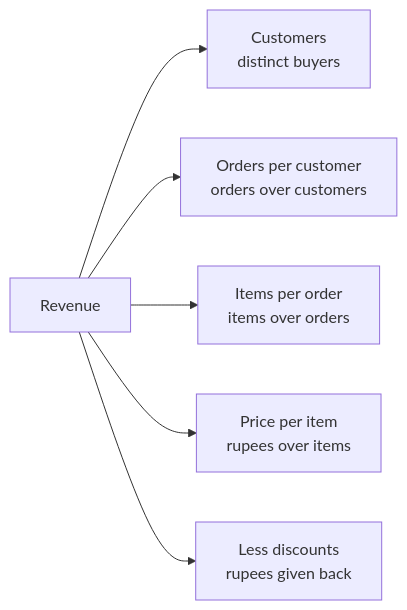
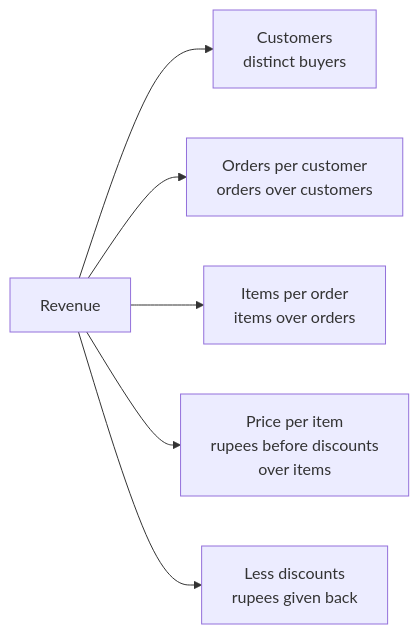
Before and after one commit to fde-academy-lab/c2-content-factory: the first of 6 diagrams in content/W01/SAT/paper/C2_W01_SAT_recap_paper_STUDENT.md, drawn with Mermaid. The commit also changed other lines of this file and 5 other files, not shown here.

````diff
--- a/content/W01/SAT/paper/C2_W01_SAT_recap_paper_STUDENT.md
+++ b/content/W01/SAT/paper/C2_W01_SAT_recap_paper_STUDENT.md
@@ -53,8 +53,8 @@
 ```mermaid
 flowchart LR
   R["Revenue"] --> C["Customers<br/>distinct buyers"]
   R --> F["Orders per customer<br/>orders over customers"]
   R --> I["Items per order<br/>items over orders"]
-  R --> P["Price per item<br/>rupees over items"]
+  R --> P["Price per item<br/>rupees before discounts<br/>over items"]
   R --> D["Less discounts<br/>rupees given back"]
 ```
````
